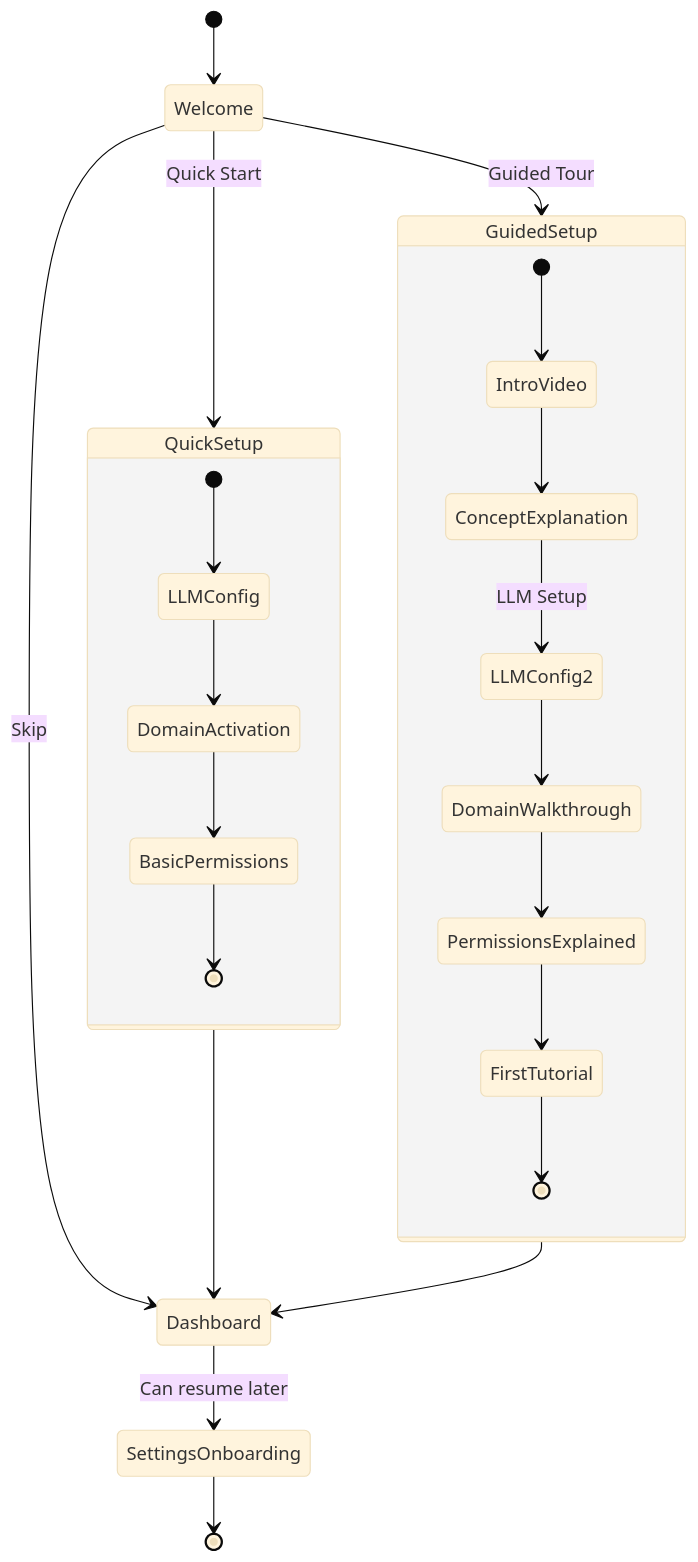
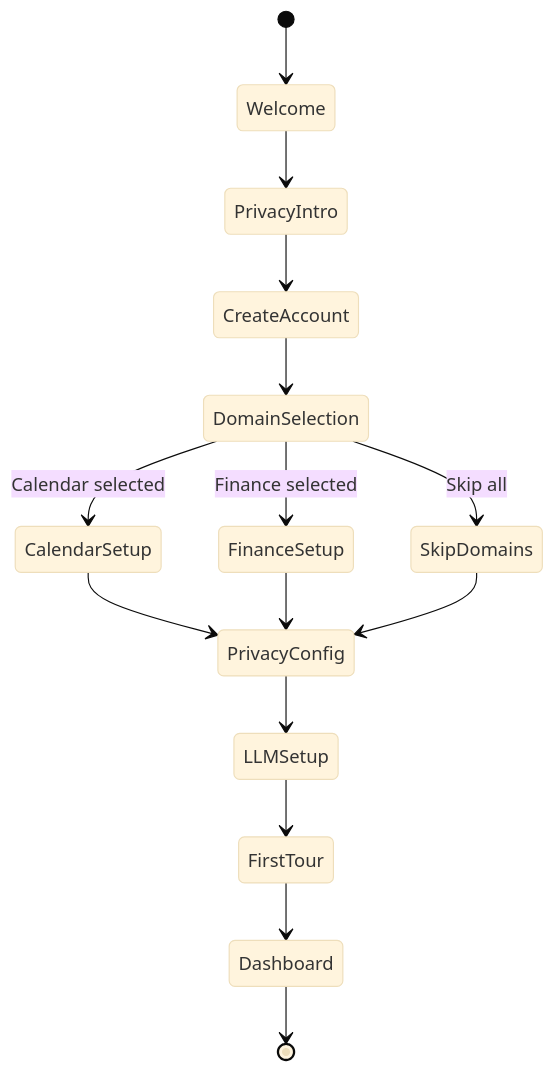
The diagram in docs/ux-ui-design/12-onboarding-ux.md (y-core-engineering/fidus), drawn with Mermaid (base theme) before and after one commit. The commit also changed other lines of this file and 2 other files, not shown here.

````diff
--- a/docs/ux-ui-design/12-onboarding-ux.md
+++ b/docs/ux-ui-design/12-onboarding-ux.md
@@ -108,31 +87,17 @@
 ```mermaid
 stateDiagram-v2
     [*] --> Welcome
-    Welcome --> QuickSetup: Quick Start
-    Welcome --> GuidedSetup: Guided Tour
-    Welcome --> Dashboard: Skip
-
-    state QuickSetup {
-        [*] --> LLMConfig
-        LLMConfig --> DomainActivation
-        DomainActivation --> BasicPermissions
-        BasicPermissions --> [*]
-    }
-
-    state GuidedSetup {
-        [*] --> IntroVideo
-        IntroVideo --> ConceptExplanation
-        ConceptExplanation --> LLMConfig2: LLM Setup
-        LLMConfig2 --> DomainWalkthrough
-        DomainWalkthrough --> PermissionsExplained
-        PermissionsExplained --> FirstTutorial
-        FirstTutorial --> [*]
-    }
-
-    QuickSetup --> Dashboard
-    GuidedSetup --> Dashboard
-
-    Dashboard --> SettingsOnboarding: Can resume later
-
-    SettingsOnboarding --> [*]
+    Welcome --> PrivacyIntro
+    PrivacyIntro --> CreateAccount
+    CreateAccount --> DomainSelection
+    DomainSelection --> CalendarSetup: Calendar selected
+    DomainSelection --> FinanceSetup: Finance selected
+    DomainSelection --> SkipDomains: Skip all
+    CalendarSetup --> PrivacyConfig
+    FinanceSetup --> PrivacyConfig
+    SkipDomains --> PrivacyConfig
+    PrivacyConfig --> LLMSetup
+    LLMSetup --> FirstTour
+    FirstTour --> Dashboard
+    Dashboard --> [*]
 ```
````
